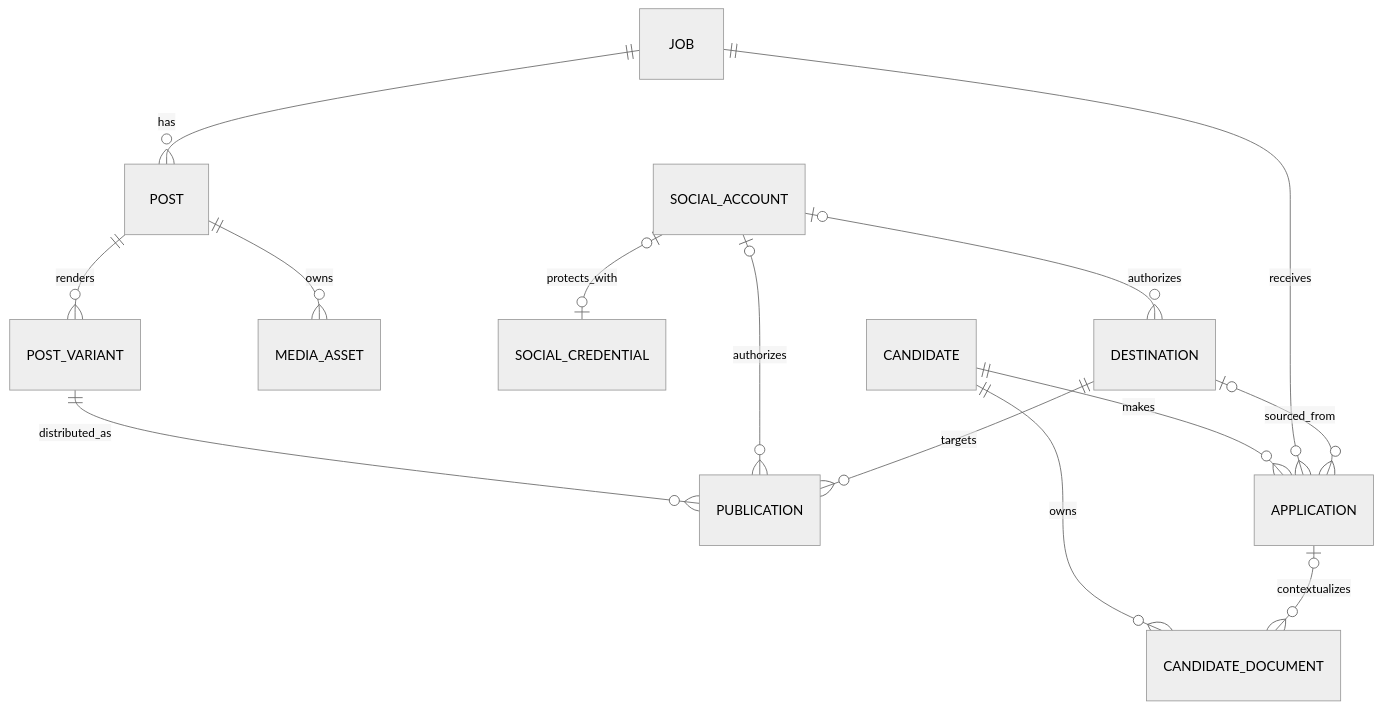
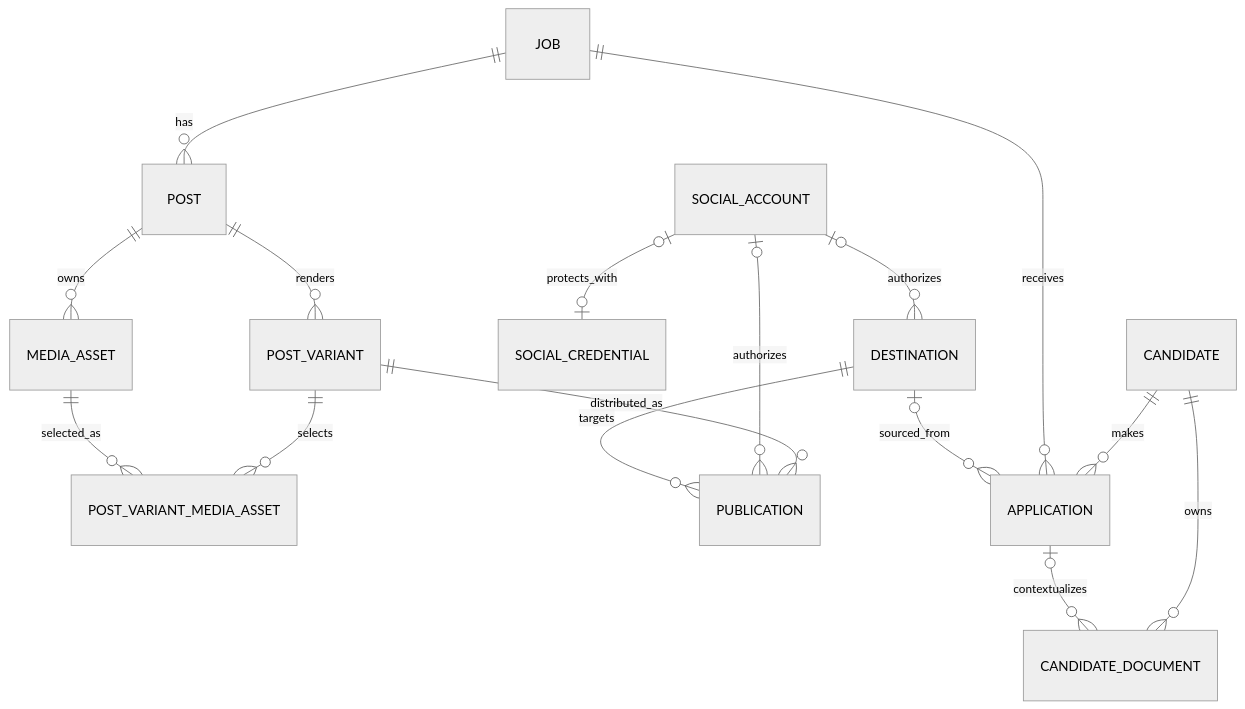
Before and after one commit to vitoo16/recruitops-platform: the diagram in docs/diagrams/database-erd.md, drawn with Mermaid (neutral theme). The commit also changed other lines of this file and 8 other files, not shown here.

Commit message:
docs: lock UI architecture and media selection boundaries

````diff
--- a/docs/diagrams/database-erd.md
+++ b/docs/diagrams/database-erd.md
@@ -5,16 +5,18 @@
 ```mermaid
 erDiagram
     JOB ||--o{ POST : has
     POST ||--o{ POST_VARIANT : renders
     POST ||--o{ MEDIA_ASSET : owns
+    POST_VARIANT ||--o{ POST_VARIANT_MEDIA_ASSET : selects
+    MEDIA_ASSET ||--o{ POST_VARIANT_MEDIA_ASSET : selected_as
     POST_VARIANT ||--o{ PUBLICATION : distributed_as
     SOCIAL_ACCOUNT o|--o| SOCIAL_CREDENTIAL : protects_with
     SOCIAL_ACCOUNT o|--o{ DESTINATION : authorizes
     SOCIAL_ACCOUNT o|--o{ PUBLICATION : authorizes
     DESTINATION ||--o{ PUBLICATION : targets
     CANDIDATE ||--o{ APPLICATION : makes
     JOB ||--o{ APPLICATION : receives
     DESTINATION o|--o{ APPLICATION : sourced_from
     CANDIDATE ||--o{ CANDIDATE_DOCUMENT : owns
     APPLICATION o|--o{ CANDIDATE_DOCUMENT : contextualizes
 ```
````
